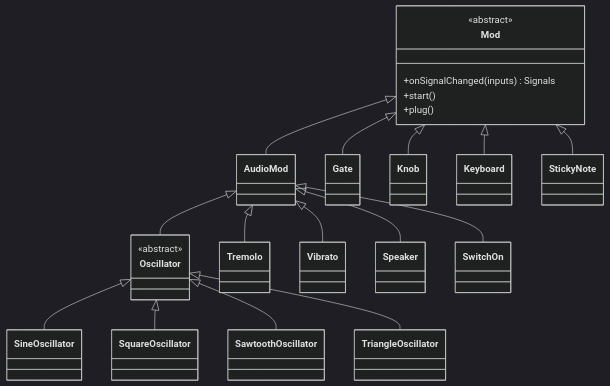
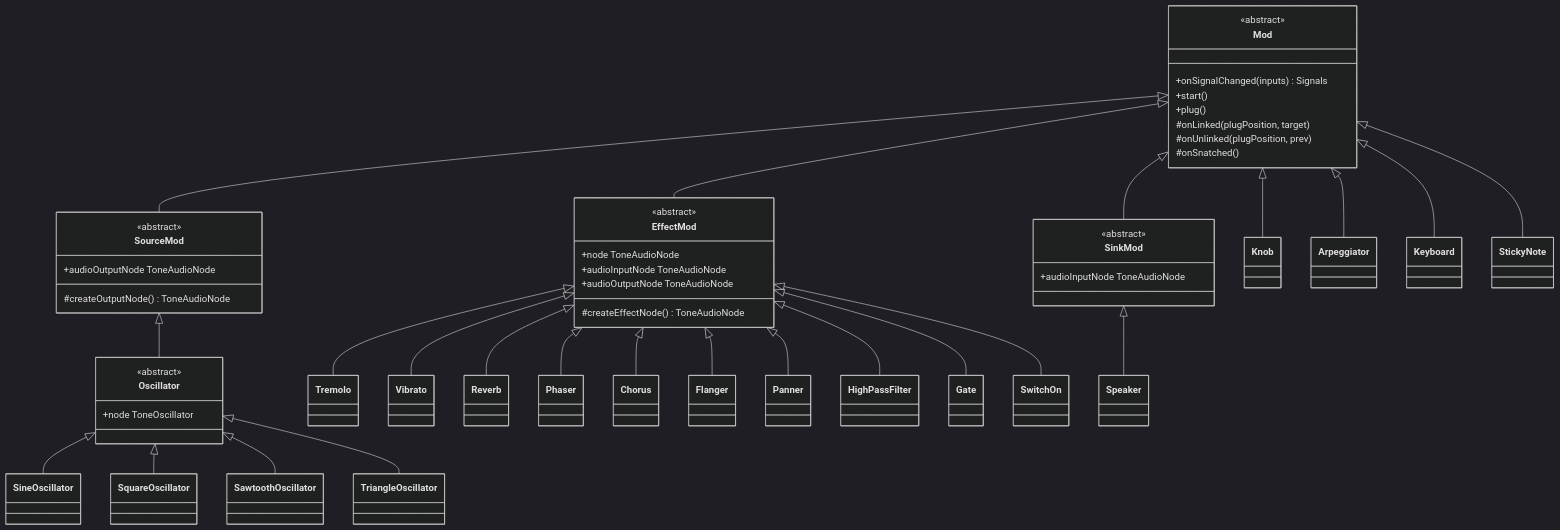
Before and after one commit to pitpit/synt: the diagram in docs/01-architecture.md, drawn with Mermaid (dark theme). The commit also changed other lines of this file and 45 other files, not shown here.

````diff
--- a/docs/01-architecture.md
+++ b/docs/01-architecture.md
@@ -144,40 +153,75 @@
 ```mermaid
 classDiagram
     class Mod {
         <<abstract>>
         +onSignalChanged(inputs) Signals
         +start()
         +plug()
+        #onLinked(plugPosition, target)
+        #onUnlinked(plugPosition, prev)
+        #onSnatched()
     }
-    class AudioMod
+    class SourceMod {
+        <<abstract>>
+        #createOutputNode() ToneAudioNode
+        +audioOutputNode ToneAudioNode
+    }
+    class EffectMod {
+        <<abstract>>
+        #createEffectNode() ToneAudioNode
+        +node ToneAudioNode
+        +audioInputNode ToneAudioNode
+        +audioOutputNode ToneAudioNode
+    }
+    class SinkMod {
+        <<abstract>>
+        +audioInputNode ToneAudioNode
+    }
     class Oscillator {
         <<abstract>>
+        +node ToneOscillator
     }
     class SineOscillator
     class SquareOscillator
     class SawtoothOscillator
     class TriangleOscillator
     class Tremolo
     class Vibrato
+    class Reverb
+    class Phaser
+    class Chorus
+    class Flanger
+    class Panner
+    class HighPassFilter
     class Speaker
     class SwitchOn
     class Gate
     class Knob
+    class Arpeggiator
     class Keyboard
     class StickyNote
 
-    Mod <|-- AudioMod
-    Mod <|-- Gate
+    Mod <|-- SourceMod
+    Mod <|-- EffectMod
+    Mod <|-- SinkMod
     Mod <|-- Knob
+    Mod <|-- Arpeggiator
     Mod <|-- Keyboard
     Mod <|-- StickyNote
-    AudioMod <|-- Oscillator
-    AudioMod <|-- Tremolo
-    AudioMod <|-- Vibrato
-    AudioMod <|-- Speaker
-    AudioMod <|-- SwitchOn
+    SourceMod <|-- Oscillator
+    EffectMod <|-- Tremolo
+    EffectMod <|-- Vibrato
+    EffectMod <|-- Reverb
+    EffectMod <|-- Phaser
+    EffectMod <|-- Chorus
+    EffectMod <|-- Flanger
+    EffectMod <|-- Panner
+    EffectMod <|-- HighPassFilter
+    EffectMod <|-- Gate
+    EffectMod <|-- SwitchOn
+    SinkMod <|-- Speaker
     Oscillator <|-- SineOscillator
     Oscillator <|-- SquareOscillator
     Oscillator <|-- SawtoothOscillator
     Oscillator <|-- TriangleOscillator
 ```
````
